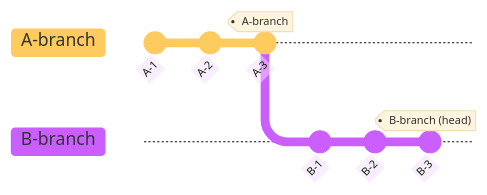
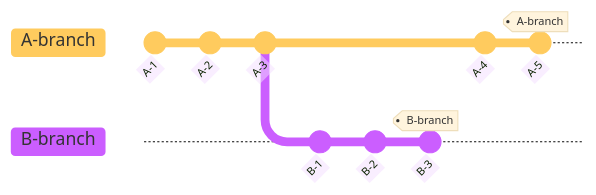
One commit to taeYoungTW/git-merge changed the third of 6 diagrams in Docs/Intro.md. Above: the diagram before and after it, drawn with Mermaid. The commit also changed other lines of this file and 2 other files, not shown here.

````diff
--- a/Docs/Intro.md
+++ b/Docs/Intro.md
@@ -74,11 +77,14 @@
 ```mermaid
 %%{init: { 'logLevel': 'debug', 'theme': 'base', 'gitGraph': {'showBranches': true, 'showCommitLabel':true,'mainBranchName': 'A-branch'}} }%%
       gitGraph
         commit id: "A-1"
         commit id: "A-2"
-        commit id: "A-3" tag: "A-branch"
+        commit id: "A-3"
         branch B-branch
         commit id: "B-1"
         commit id: "B-2"
-        commit id: "B-3" tag: "B-branch (head)"
+        commit id: "B-3" tag: "B-branch"
+        checkout A-branch
+        commit id: "A-4"
+        commit id: "A-5" tag: "A-branch"
 ```
````
